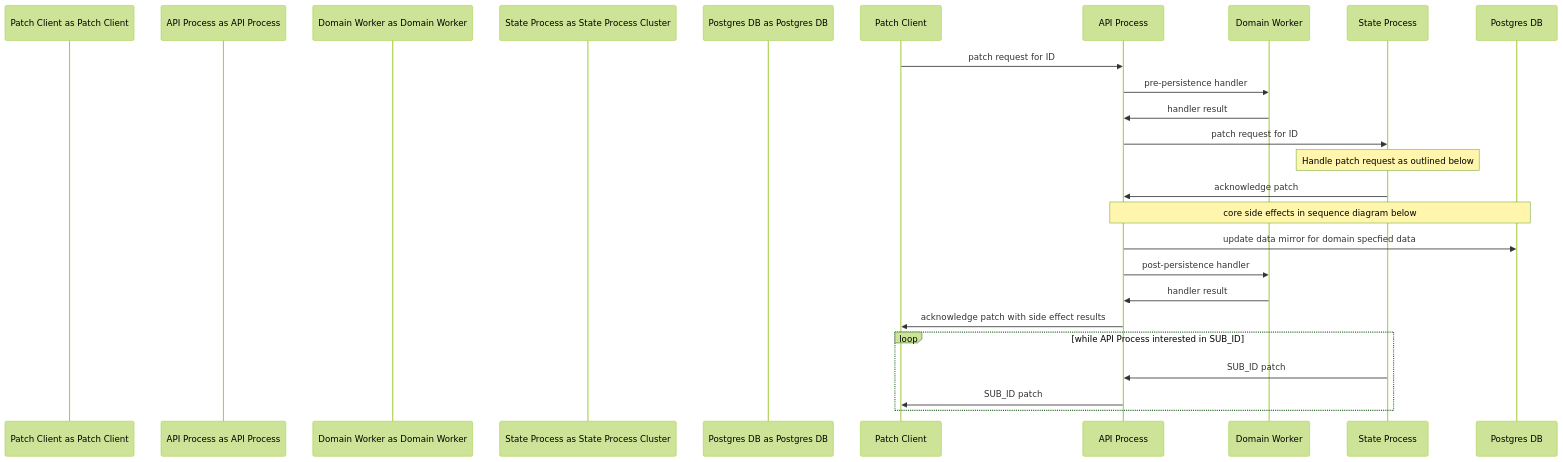
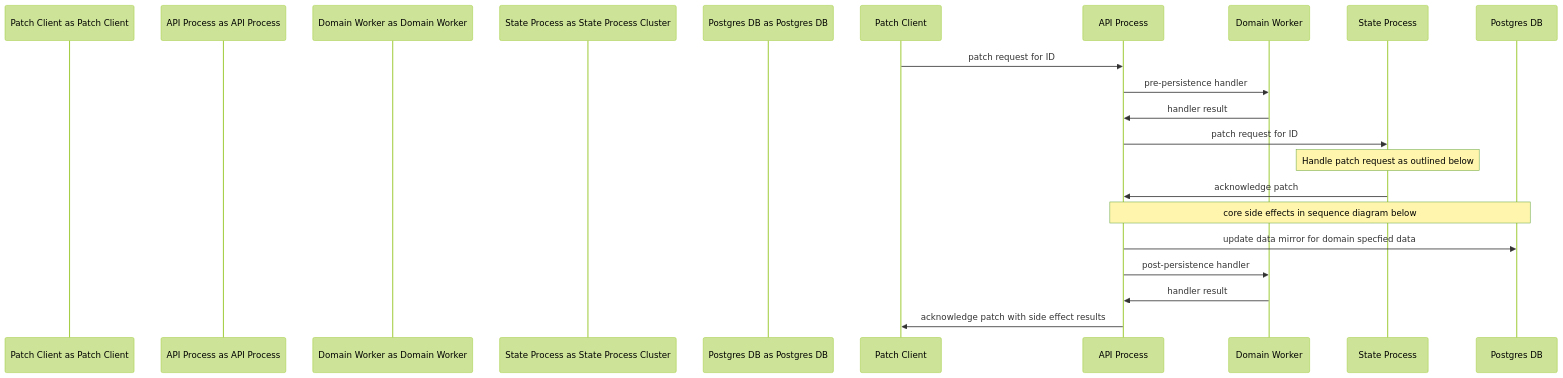
Before and after one commit to knowlearning/platform: the first of 2 diagrams in README.md, drawn with Mermaid (forest theme). The commit also changed other lines of this file, not shown here.

````diff
--- a/README.md
+++ b/README.md
@@ -45,24 +45,20 @@
 ```mermaid
 sequenceDiagram
   participant Patch Client as Patch Client
   participant API Process as API Process
   participant Domain Worker as Domain Worker
   participant State Process as State Process Cluster
   participant Postgres DB as Postgres DB
 
   Patch Client ->> API Process: patch request for ID
   API Process ->> Domain Worker: pre-persistence handler
   Domain Worker ->> API Process: handler result
   API Process ->> State Process: patch request for ID
   Note over State Process: Handle patch request as outlined below
   State Process ->> API Process: acknowledge patch
   Note over API Process,Postgres DB: core side effects in sequence diagram below
   API Process ->> Postgres DB: update data mirror for domain specfied data
   API Process ->> Domain Worker: post-persistence handler
   Domain Worker ->> API Process: handler result
   API Process ->> Patch Client: acknowledge patch with side effect results
-  loop while API Process interested in SUB_ID
-    State Process ->> API Process: SUB_ID patch
-    API Process ->> Patch Client: SUB_ID patch
-  end
 ```
````
